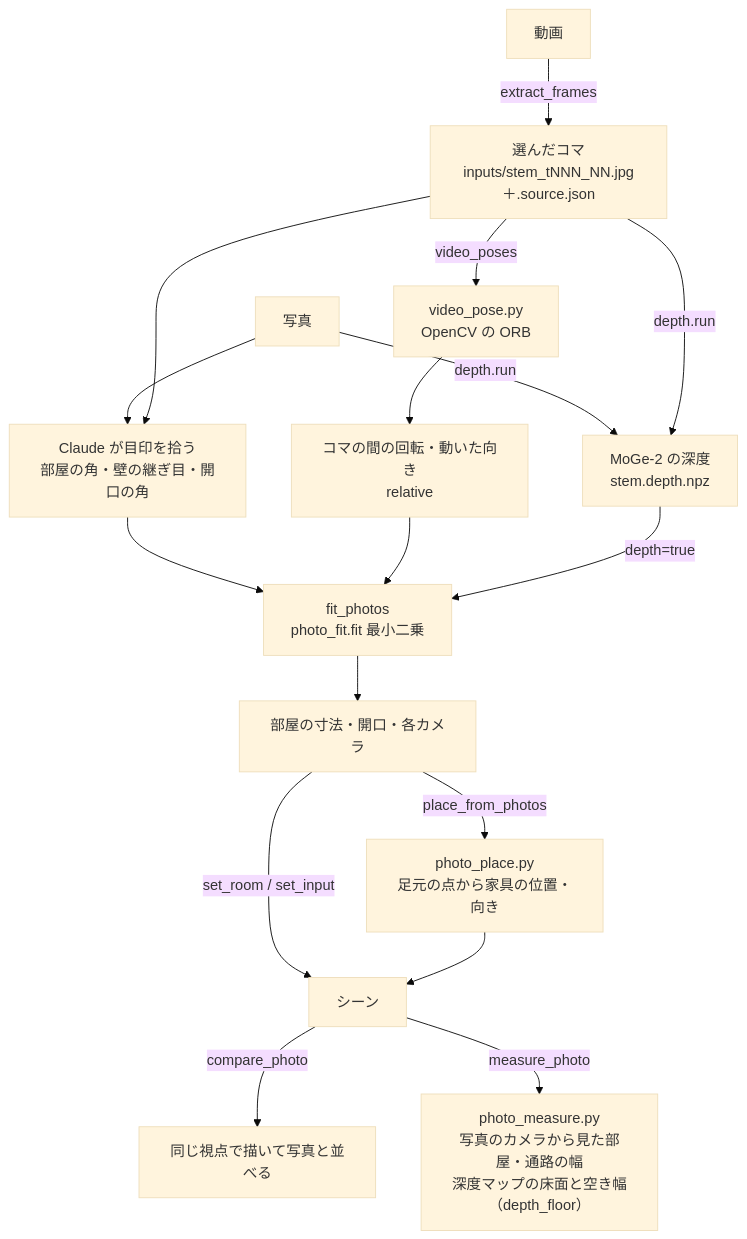
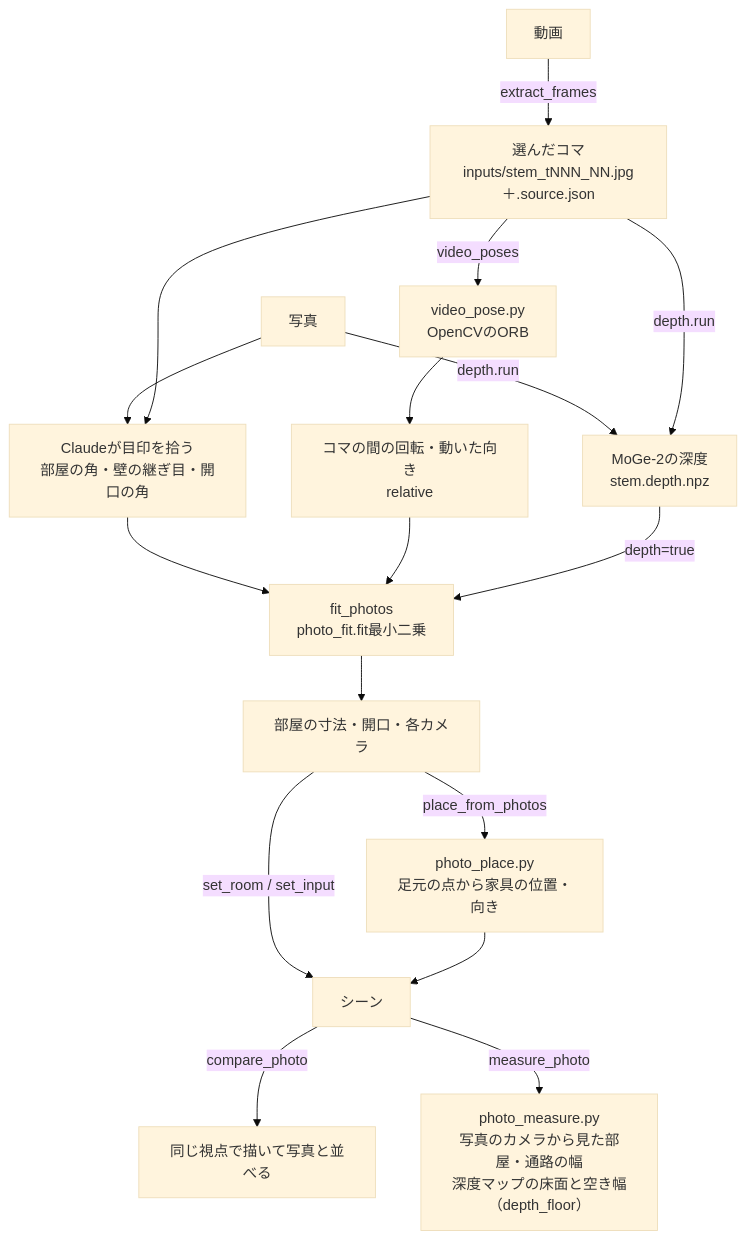
Before and after one commit to atinfinity/agentic-sim-world-gen: the ninth of 9 diagrams in docs/architecture.md, drawn with Mermaid (base theme). The commit also changed other lines of this file and 4 other files, not shown here.

Commit message:
Japanese docs: drop half-width spaces between Japanese and ASCII in the mermaid diagrams too

````diff
--- a/docs/architecture.md
+++ b/docs/architecture.md
@@ -463,19 +463,19 @@
 ```mermaid
 flowchart TD
     video["動画"] -->|"extract_frames"| frames["選んだコマ<br/>inputs/stem_tNNN_NN.jpg＋.source.json"]
     photos["写真"] --> lm
-    frames --> lm["Claude が目印を拾う<br/>部屋の角・壁の継ぎ目・開口の角"]
-    frames -->|"video_poses"| orb["video_pose.py<br/>OpenCV の ORB"]
+    frames --> lm["Claudeが目印を拾う<br/>部屋の角・壁の継ぎ目・開口の角"]
+    frames -->|"video_poses"| orb["video_pose.py<br/>OpenCVのORB"]
     orb --> rel["コマの間の回転・動いた向き<br/>relative"]
-    photos -->|"depth.run"| dep["MoGe-2 の深度<br/>stem.depth.npz"]
+    photos -->|"depth.run"| dep["MoGe-2の深度<br/>stem.depth.npz"]
     frames -->|"depth.run"| dep
-    lm --> fit["fit_photos<br/>photo_fit.fit 最小二乗"]
+    lm --> fit["fit_photos<br/>photo_fit.fit最小二乗"]
     rel --> fit
     dep -->|"depth=true"| fit
     fit --> res["部屋の寸法・開口・各カメラ"]
     res -->|"set_room / set_input"| scene["シーン"]
     res -->|"place_from_photos"| pp["photo_place.py<br/>足元の点から家具の位置・向き"]
     pp --> scene
     scene -->|"compare_photo"| cmp["同じ視点で描いて写真と並べる"]
     scene -->|"measure_photo"| ms["photo_measure.py<br/>写真のカメラから見た部屋・通路の幅<br/>深度マップの床面と空き幅（depth_floor）"]
 ```
````
